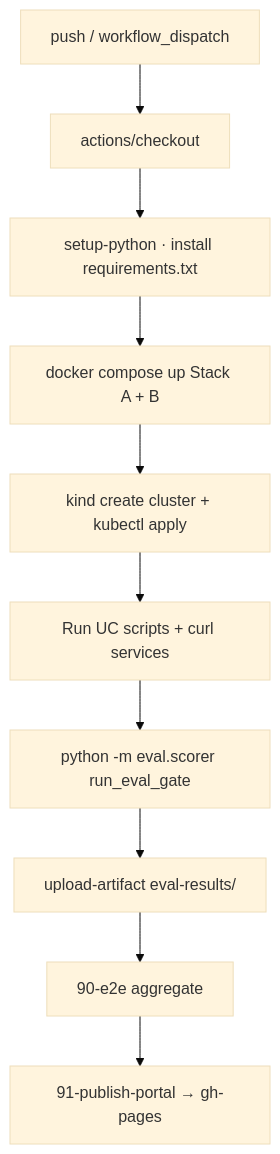
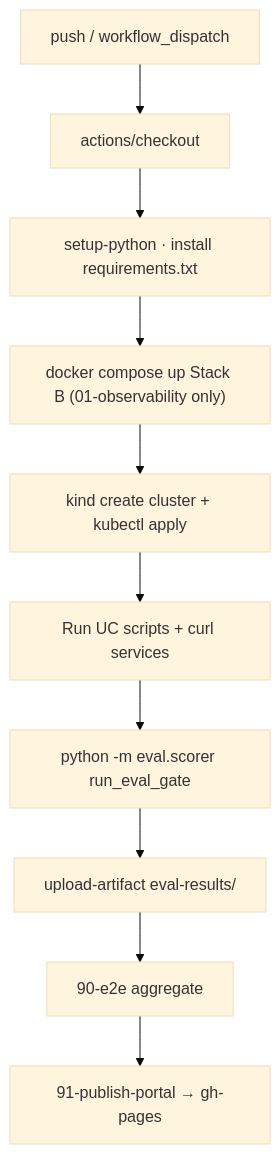
Before and after one commit to sanjeev0120test/observable-mlops-platform: the fourth of 55 diagrams in README.md, drawn with Mermaid (base theme). The commit also changed other lines of this file, not shown here.

First line of the commit message:
README audit: align docs with actual CI and compose layout

````diff
--- a/README.md
+++ b/README.md
@@ -647,15 +649,15 @@
 ```mermaid
 flowchart TD
     TRIG["push / workflow_dispatch"]
     CHECKOUT["actions/checkout"]
     SETUP["setup-python · install requirements.txt"]
-    COMPOSE["docker compose up Stack A + B"]
+    COMPOSE["docker compose up Stack B (01-observability only)"]
     KIND["kind create cluster + kubectl apply"]
     RUN["Run UC scripts + curl services"]
     EVAL["python -m eval.scorer run_eval_gate"]
     ART["upload-artifact eval-results/"]
     E2E["90-e2e aggregate"]
     PAGE["91-publish-portal → gh-pages"]
 
     TRIG --> CHECKOUT --> SETUP --> COMPOSE --> KIND --> RUN --> EVAL --> ART --> E2E --> PAGE
 ```
````
